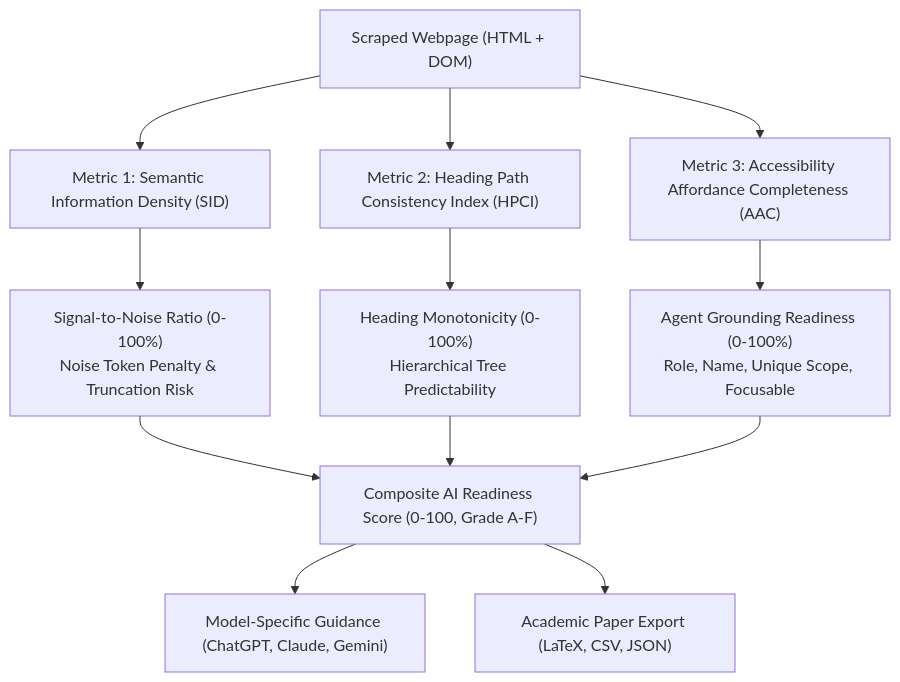
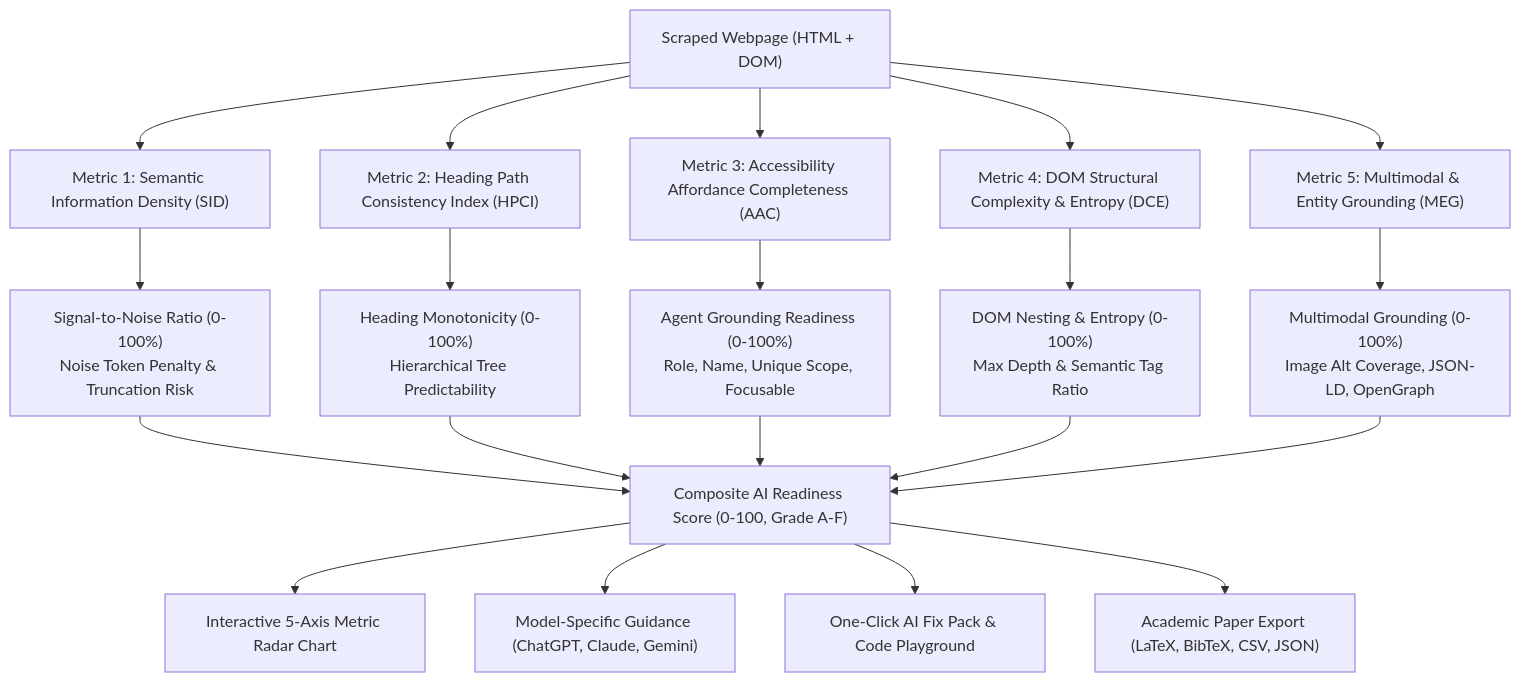
The diagram in docs/scientific_metrics_plan.md (Amaro-peter/AI-Web-Reading-Benchamark), drawn with Mermaid before and after one commit. The commit also changed other lines of this file and 15 other files, not shown here.

Commit message:
feat: enhance backend scientific metrics (DCE, MEG, BibTeX) and modern tabbed UI with radar chart and fix pack

````diff
--- a/docs/scientific_metrics_plan.md
+++ b/docs/scientific_metrics_plan.md
@@ -11,14 +13,20 @@
 ```mermaid
 flowchart TD
     HTML["Scraped Webpage (HTML + DOM)"] --> M1["Metric 1: Semantic Information Density (SID)"]
     HTML --> M2["Metric 2: Heading Path Consistency Index (HPCI)"]
     HTML --> M3["Metric 3: Accessibility Affordance Completeness (AAC)"]
+    HTML --> M4["Metric 4: DOM Structural Complexity & Entropy (DCE)"]
+    HTML --> M5["Metric 5: Multimodal & Entity Grounding (MEG)"]
     
     M1 --> SID_Out["Signal-to-Noise Ratio (0-100%)\nNoise Token Penalty & Truncation Risk"]
     M2 --> HPCI_Out["Heading Monotonicity (0-100%)\nHierarchical Tree Predictability"]
     M3 --> AAC_Out["Agent Grounding Readiness (0-100%)\nRole, Name, Unique Scope, Focusable"]
+    M4 --> DCE_Out["DOM Nesting & Entropy (0-100%)\nMax Depth & Semantic Tag Ratio"]
+    M5 --> MEG_Out["Multimodal Grounding (0-100%)\nImage Alt Coverage, JSON-LD, OpenGraph"]
     
-    SID_Out & HPCI_Out & AAC_Out --> AI_Readiness["Composite AI Readiness Score (0-100, Grade A-F)"]
+    SID_Out & HPCI_Out & AAC_Out & DCE_Out & MEG_Out --> AI_Readiness["Composite AI Readiness Score (0-100, Grade A-F)"]
+    AI_Readiness --> Radar["Interactive 5-Axis Metric Radar Chart"]
     AI_Readiness --> Recs["Model-Specific Guidance (ChatGPT, Claude, Gemini)"]
-    AI_Readiness --> Pub["Academic Paper Export (LaTeX, CSV, JSON)"]
+    AI_Readiness --> FixPack["One-Click AI Fix Pack & Code Playground"]
+    AI_Readiness --> Pub["Academic Paper Export (LaTeX, BibTeX, CSV, JSON)"]
 ```
````
